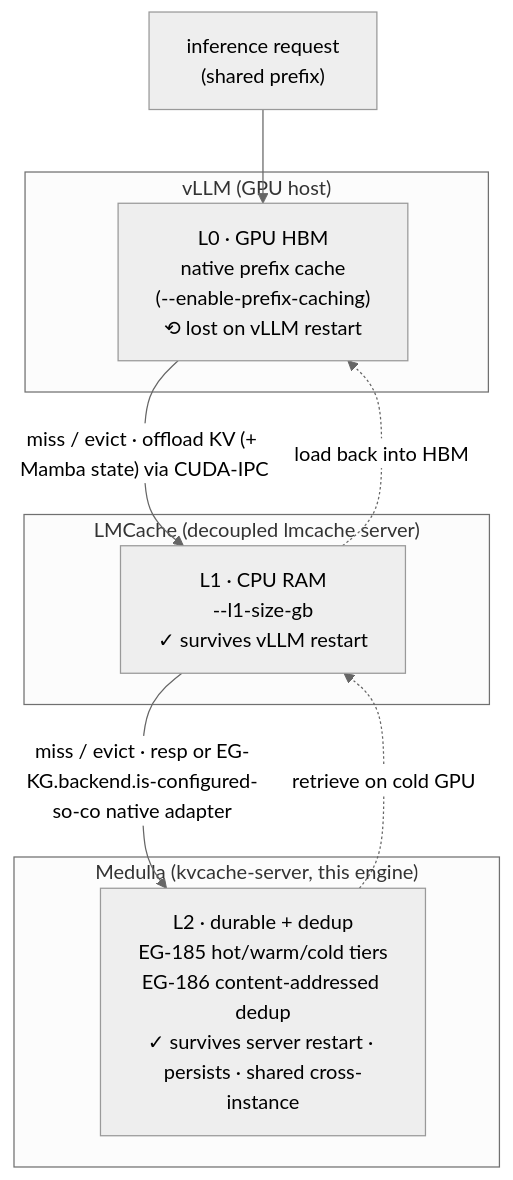
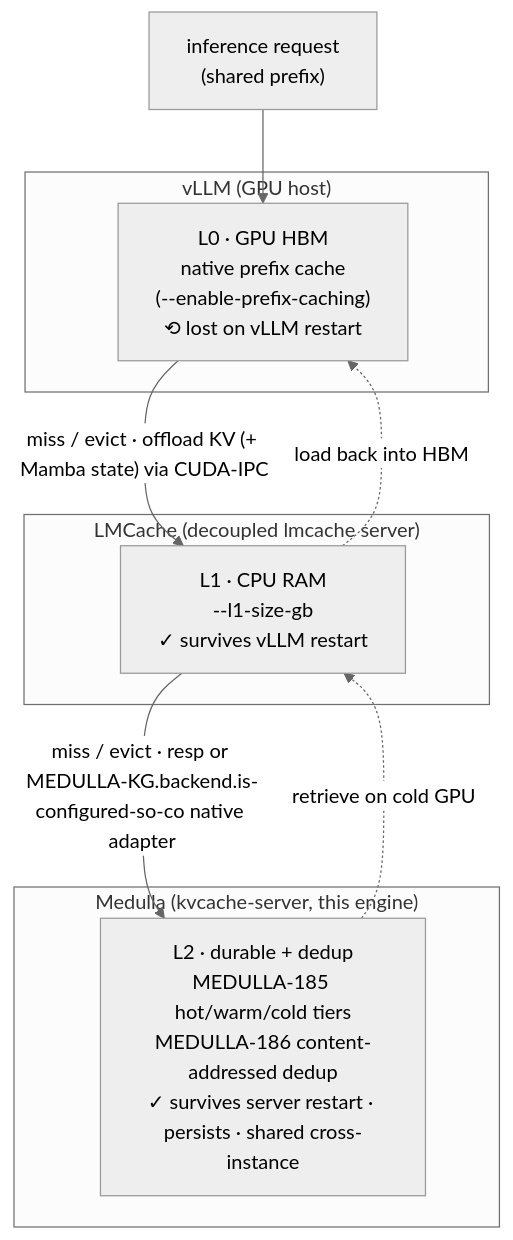
Before and after one commit to Knuckles-Team/epistemic-graph: the diagram in docs/interfaces/kvcache.md, drawn with Mermaid (neutral theme). The commit also changed other lines of this file and 5990 other files, not shown here.

First line of the commit message:
refactor!: rename epistemic-graph to medulla end to end (hard cutover)

````diff
--- a/docs/interfaces/kvcache.md
+++ b/docs/interfaces/kvcache.md
@@ -21,17 +21,17 @@
 ```mermaid
 flowchart TD
     req["inference request<br/>(shared prefix)"] --> L0
     subgraph vllm["vLLM (GPU host)"]
       L0["L0 · GPU HBM<br/>native prefix cache<br/>(--enable-prefix-caching)<br/>⟲ lost on vLLM restart"]
     end
     subgraph lm["LMCache (decoupled lmcache server)"]
       L1["L1 · CPU RAM<br/>--l1-size-gb<br/>✓ survives vLLM restart"]
     end
     subgraph eg["Medulla (kvcache-server, this engine)"]
-      L2["L2 · durable + dedup<br/>EG-185 hot/warm/cold tiers<br/>EG-186 content-addressed dedup<br/>✓ survives server restart · persists · shared cross-instance"]
+      L2["L2 · durable + dedup<br/>MEDULLA-185 hot/warm/cold tiers<br/>MEDULLA-186 content-addressed dedup<br/>✓ survives server restart · persists · shared cross-instance"]
     end
     L0 -->|"miss / evict · offload KV (+ Mamba state) via CUDA-IPC"| L1
-    L1 -->|"miss / evict · resp or EG-KG.backend.is-configured-so-co native adapter"| L2
+    L1 -->|"miss / evict · resp or MEDULLA-KG.backend.is-configured-so-co native adapter"| L2
     L2 -.->|"retrieve on cold GPU"| L1
     L1 -.->|"load back into HBM"| L0
 ```
````
